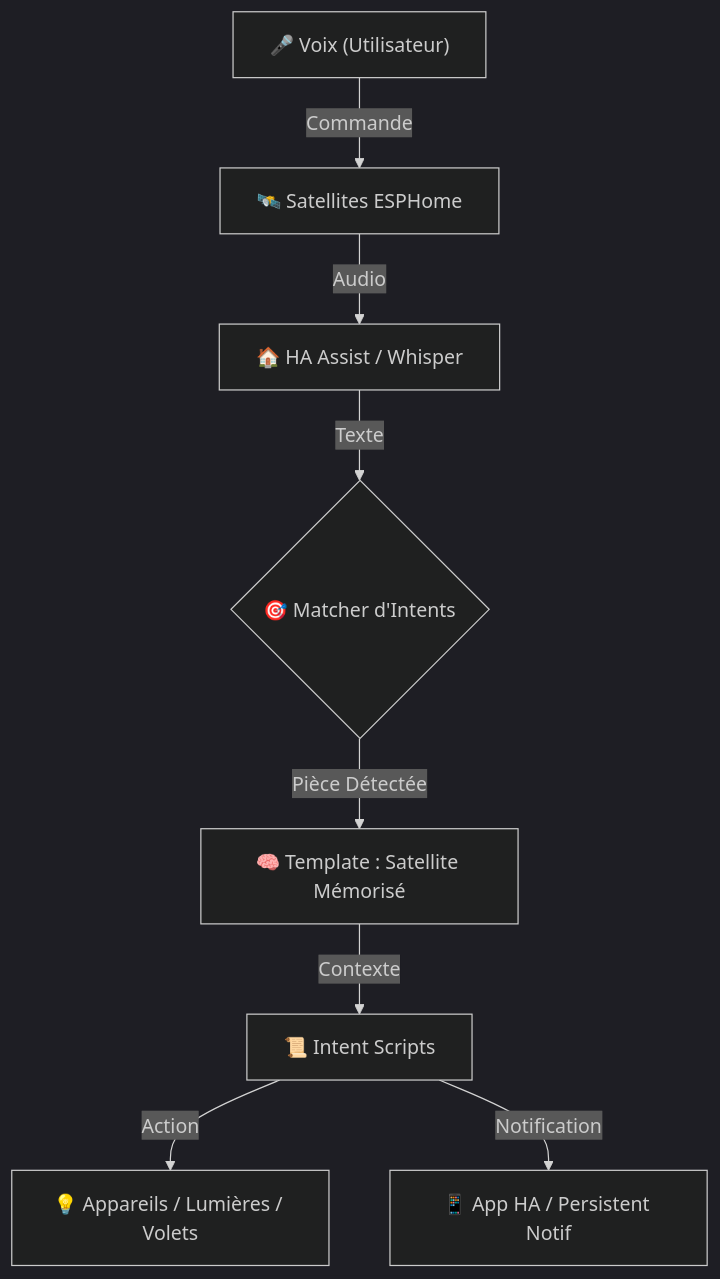
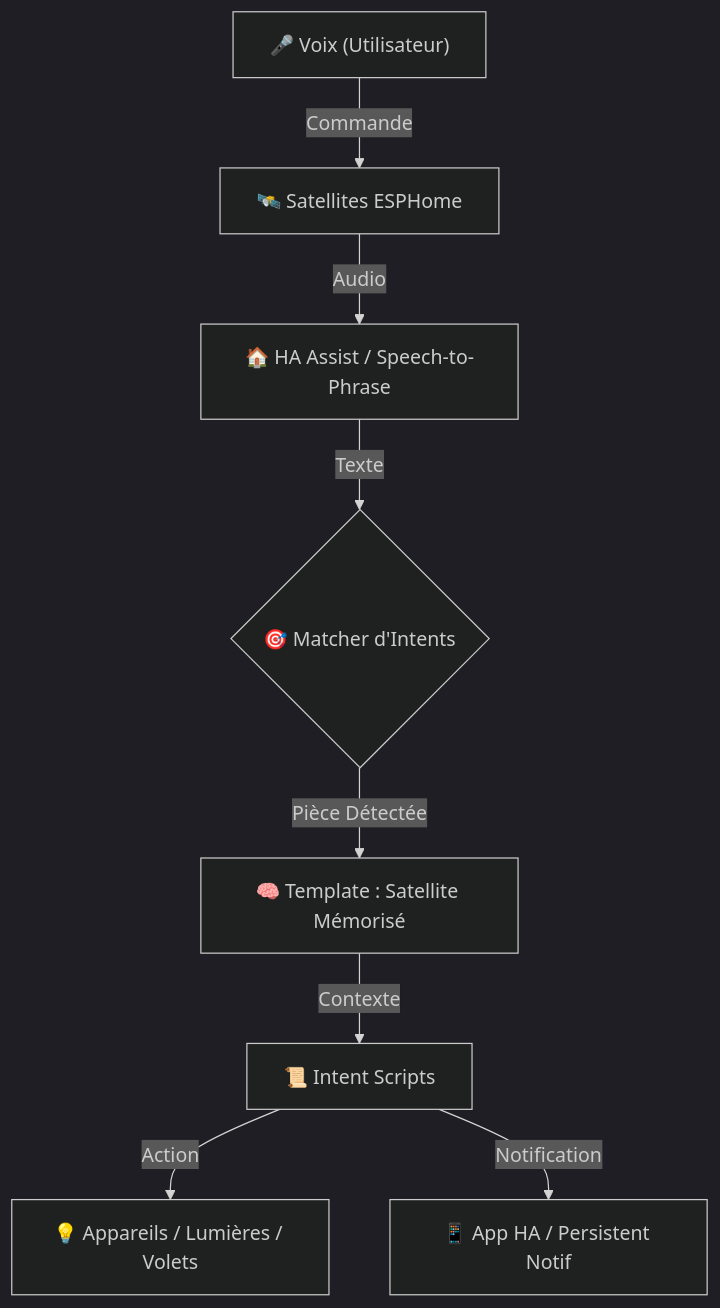
The diagram in README.md (canabang/custom_intents), drawn with Mermaid (dark theme) before and after one commit. The commit also changed other lines of this file, not shown here.

````diff
--- a/README.md
+++ b/README.md
@@ -9,10 +9,10 @@
 ```mermaid
 graph TD
     A["🎤 Voix (Utilisateur)"] -->|Commande| B["🛰️ Satellites ESPHome"]
-    B -->|Audio| C["🏠 HA Assist / Whisper"]
+    B["🛰️ Satellites ESPHome"] -->|Audio| C["🏠 HA Assist / Speech-to-Phrase"]
     C -->|Texte| D{"🎯 Matcher d'Intents"}
     D -->|Pièce Détectée| E["🧠 Template : Satellite Mémorisé"]
     E -->|Contexte| F["📜 Intent Scripts"]
     F -->|Action| G["💡 Appareils / Lumières / Volets"]
     F -->|Notification| H["📱 App HA / Persistent Notif"]
 ```
````
